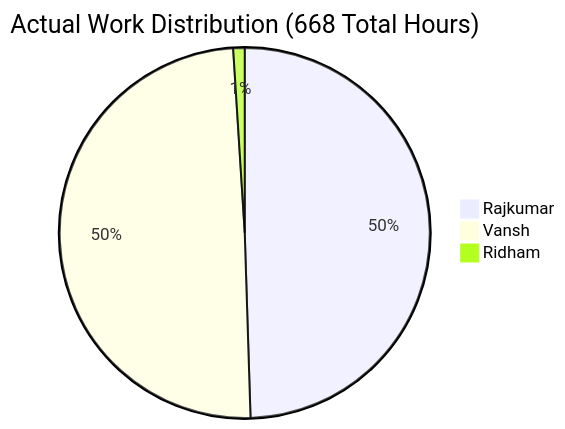
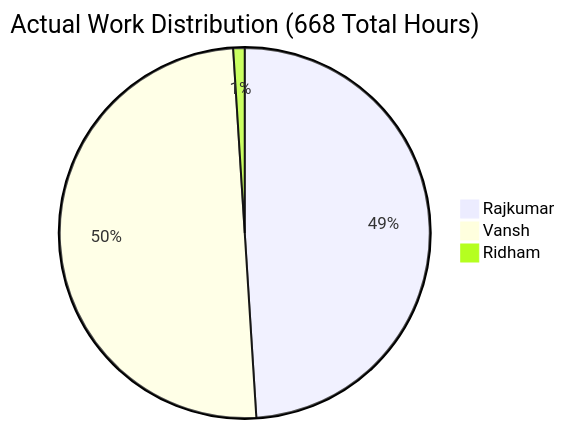
One commit to rajpatel8/Progress-Report changed diagram 12 of 15 in README.md. Above: the diagram before and after it, drawn with Mermaid.

````diff
--- a/README.md
+++ b/README.md
@@ -453,6 +453,6 @@
 ```mermaid
 pie title Actual Work Distribution (668 Total Hours)
-    "Rajkumar" : 49.5
-    "Vansh" : 49.5
+    "Rajkumar" : 49
+    "Vansh" : 50
     "Ridham" : 1
 ```
````
